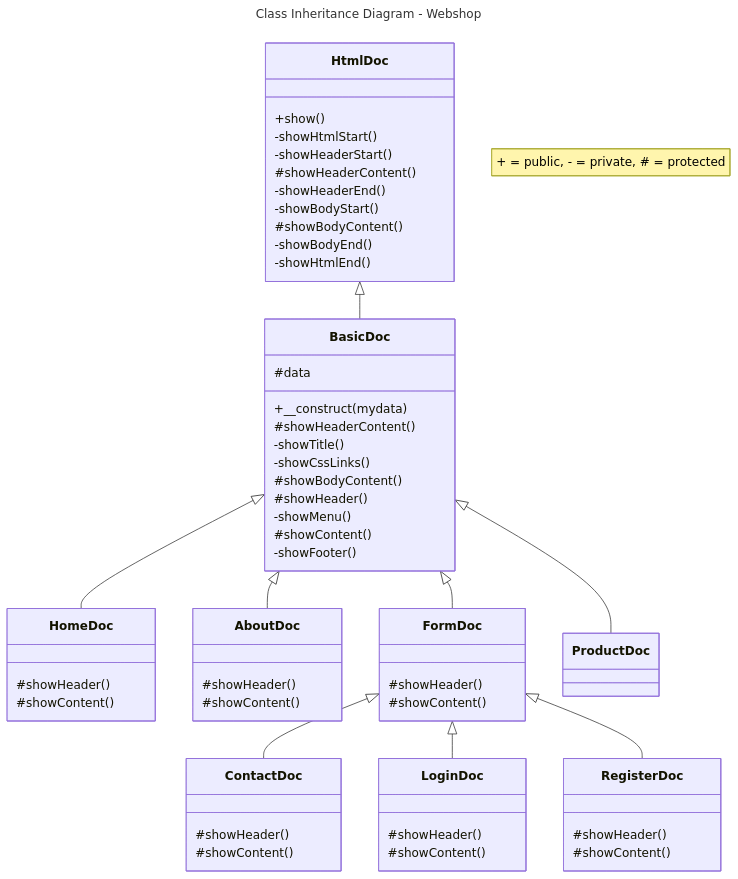
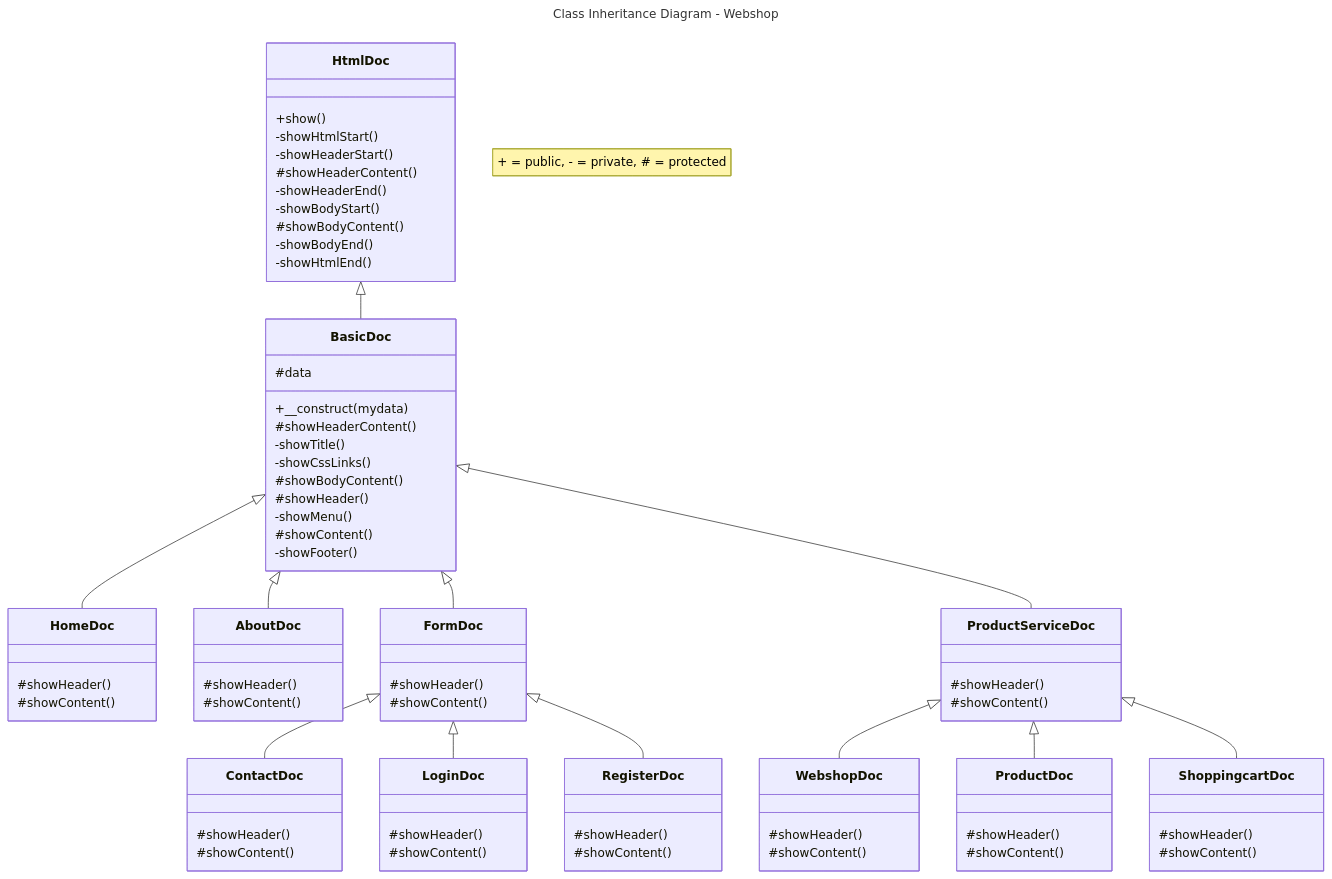
The diagram in Diagrams/class-inheritance-diagram-webshop.md (JeroenHeemskerk/educom-webshop-oop-1698314724), drawn with Mermaid before and after one commit.

````diff
--- a/Diagrams/class-inheritance-diagram-webshop.md
+++ b/Diagrams/class-inheritance-diagram-webshop.md
@@ -10,12 +10,15 @@
     BasicDoc <|-- HomeDoc
     BasicDoc <|-- AboutDoc
     BasicDoc <|-- FormDoc
-    BasicDoc <|-- ProductDoc
+    BasicDoc <|-- ProductServiceDoc
 
     FormDoc <|-- ContactDoc
     FormDoc <|-- LoginDoc
     FormDoc <|-- RegisterDoc
-
+        
+    ProductServiceDoc  <|-- WebshopDoc
+    ProductServiceDoc  <|-- ProductDoc
+    ProductServiceDoc  <|-- ShoppingcartDoc
 
 
 
@@ -46,10 +49,13 @@
         #showHeader()
         #showContent()
     }
+
     class AboutDoc{
         #showHeader()
         #showContent()
     }
+
+
     class FormDoc{
         #showHeader()
         #showContent()
@@ -67,4 +73,24 @@
         #showContent()
     }
 
+
+
+    class ProductServiceDoc{
+        #showHeader()
+        #showContent()
+    }
+    class WebshopDoc{
+        #showHeader()
+        #showContent()
+    }
+    class ShoppingcartDoc{
+        #showHeader()
+        #showContent()
+    }
+    class ProductDoc{
+        #showHeader()
+        #showContent()
+    }
+
+
 ```
````
